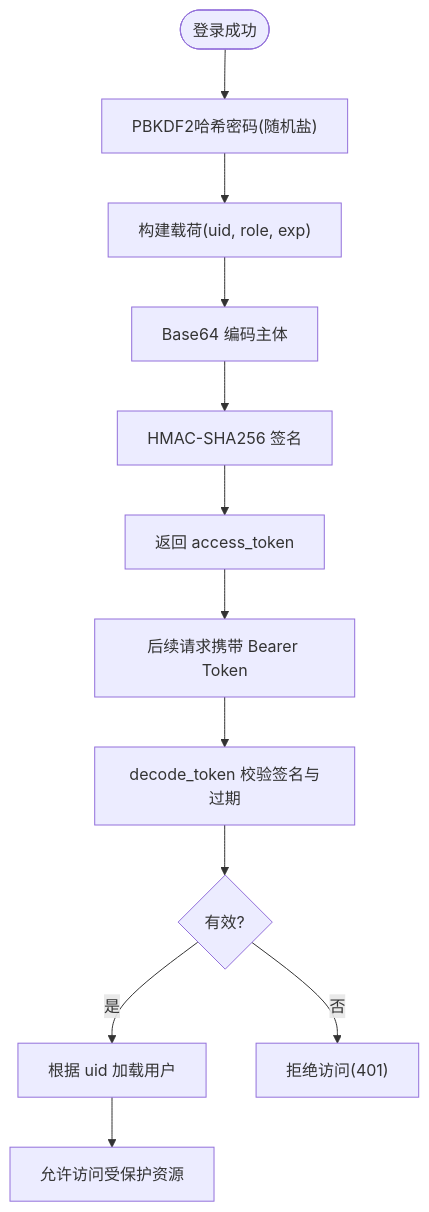
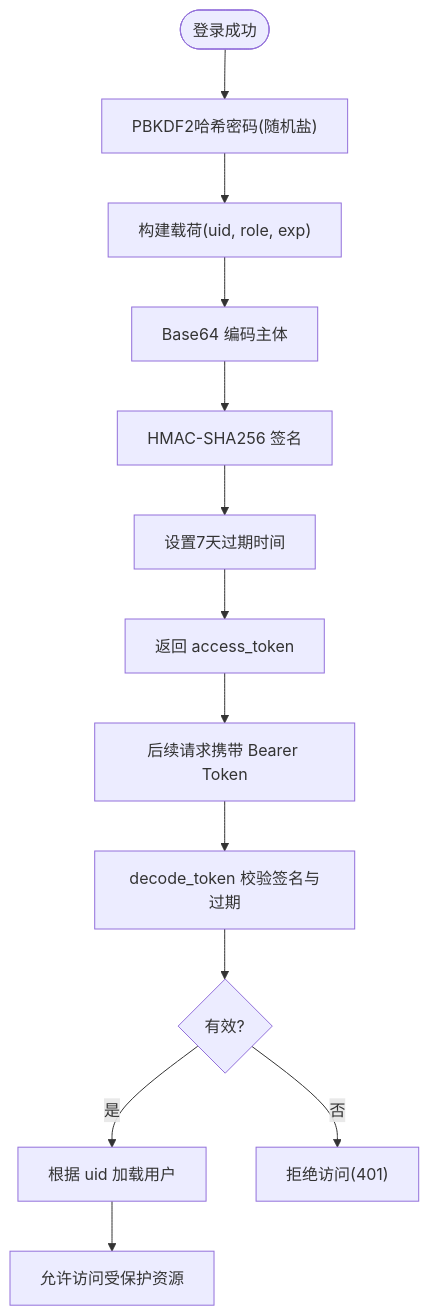
Before and after one commit to onebody/homework: the third of 10 diagrams in .qoder/repowiki/zh/content/安全与认证机制/安全与认证机制.md, drawn with Mermaid. The commit also changed other lines of this file and 14 other files, not shown here.

````diff
--- a/.qoder/repowiki/zh/content/安全与认证机制/安全与认证机制.md
+++ b/.qoder/repowiki/zh/content/安全与认证机制/安全与认证机制.md
@@ -243,14 +252,15 @@
 ```mermaid
 flowchart TD
 Start(["登录成功"]) --> HashPassword["PBKDF2哈希密码(随机盐)"]
 HashPassword --> BuildPayload["构建载荷(uid, role, exp)"]
 BuildPayload --> EncodeBody["Base64 编码主体"]
 EncodeBody --> Sign["HMAC-SHA256 签名"]
-Sign --> ReturnToken["返回 access_token"]
+Sign --> SetExpiry["设置7天过期时间"]
+SetExpiry --> ReturnToken["返回 access_token"]
 ReturnToken --> NextReq["后续请求携带 Bearer Token"]
 NextReq --> Decode["decode_token 校验签名与过期"]
 Decode --> Valid{"有效?"}
 Valid --> |是| LoadUser["根据 uid 加载用户"]
 Valid --> |否| Reject["拒绝访问(401)"]
 LoadUser --> Allow["允许访问受保护资源"]
 ```
````
